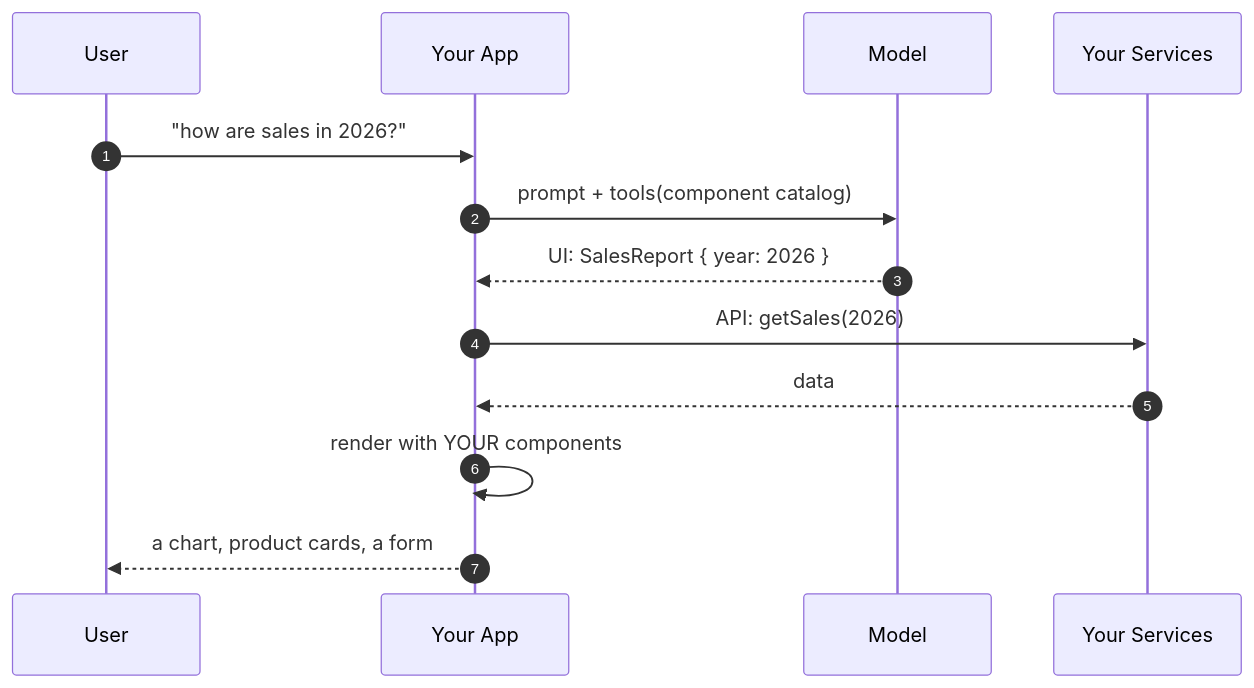
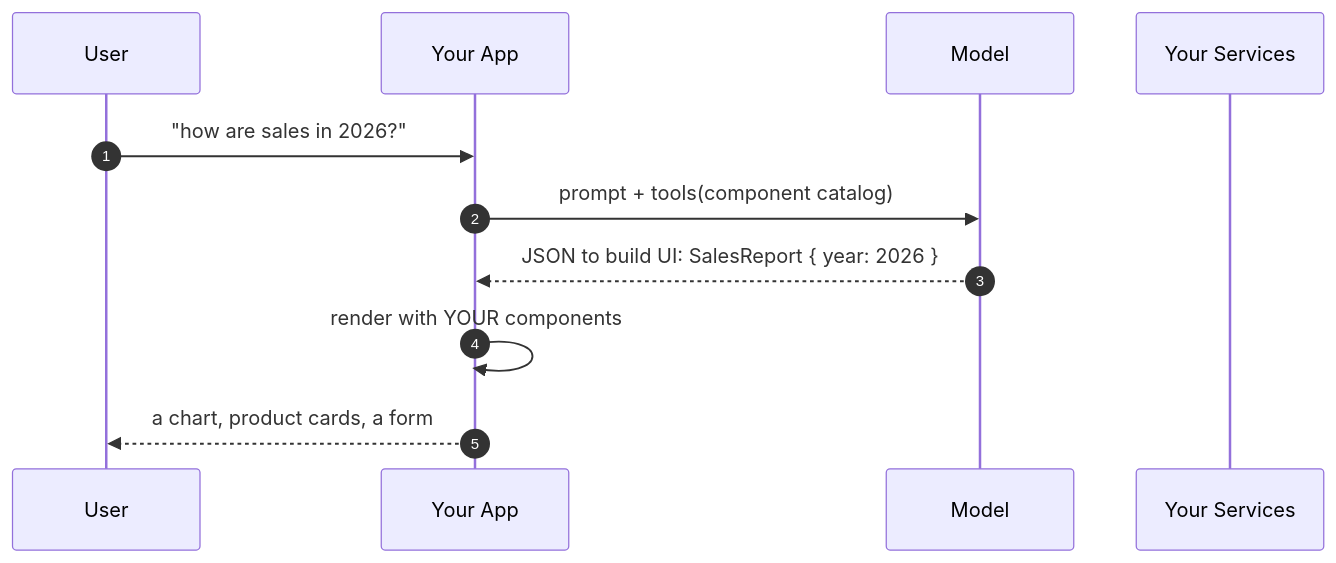
The second of 3 diagrams in decks/04-generative-ui.md (fb-talks/generative-ui), drawn with Mermaid before and after one commit. The commit also changed other lines of this file and 3 other files, not shown here.

````diff
--- a/decks/04-generative-ui.md
+++ b/decks/04-generative-ui.md
@@ -103,16 +101,16 @@
 ```mermaid
 sequenceDiagram
     autonumber
     participant U as User
     participant A as Your App
     participant M as Model
     participant S as Your Services
 
     U->>A: "how are sales in 2026?"
     A->>M: prompt + tools(component catalog)
-    M-->>A: UI: SalesReport { year: 2026 }
-    A->>S: API: getSales(2026)
-    S-->>A: data
+    M-->>A: JSON to build UI: SalesReport { year: 2026 }
     A->>A: render with YOUR components
     A-->>U: a chart, product cards, a form
+
+
 ```
````
